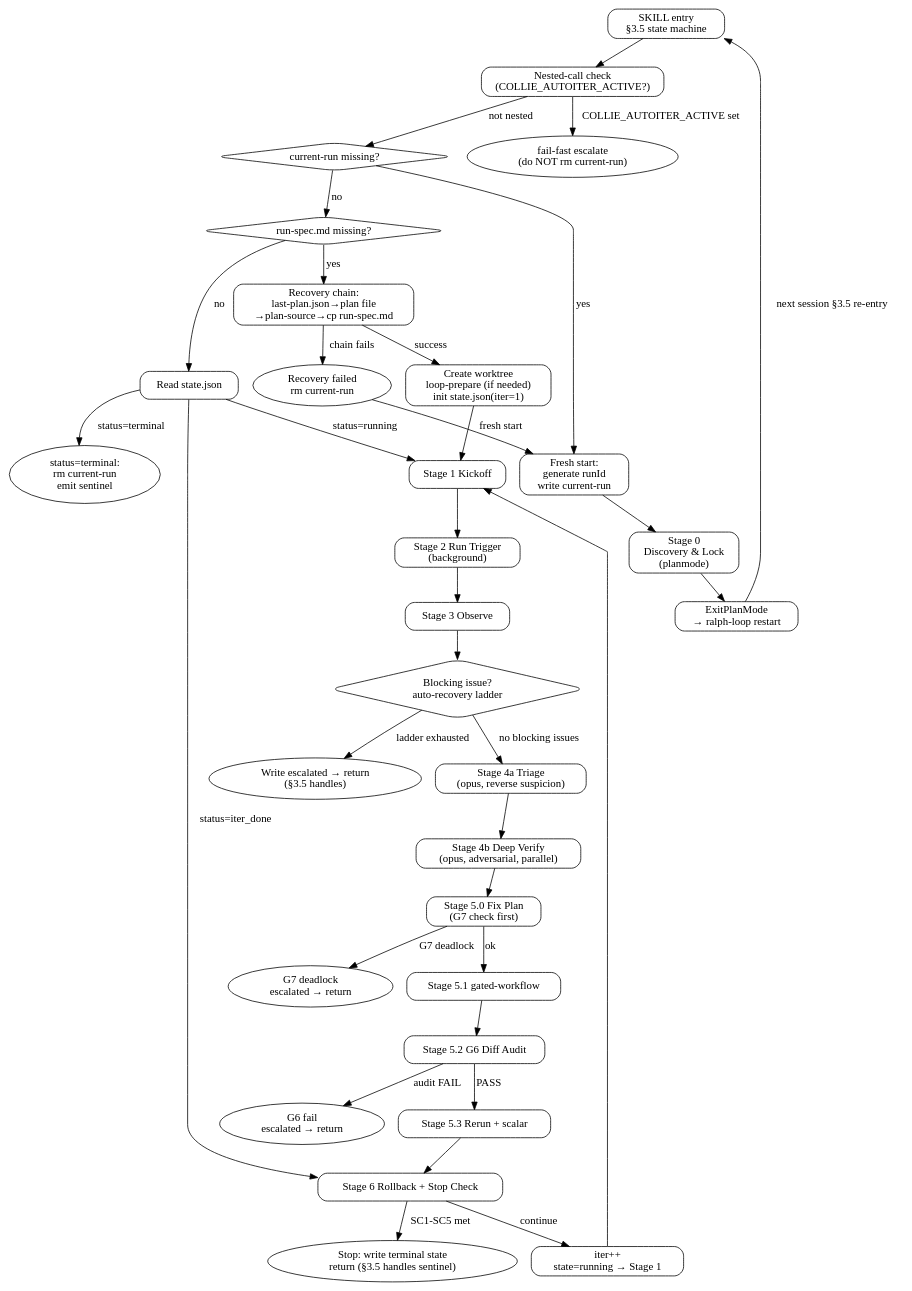
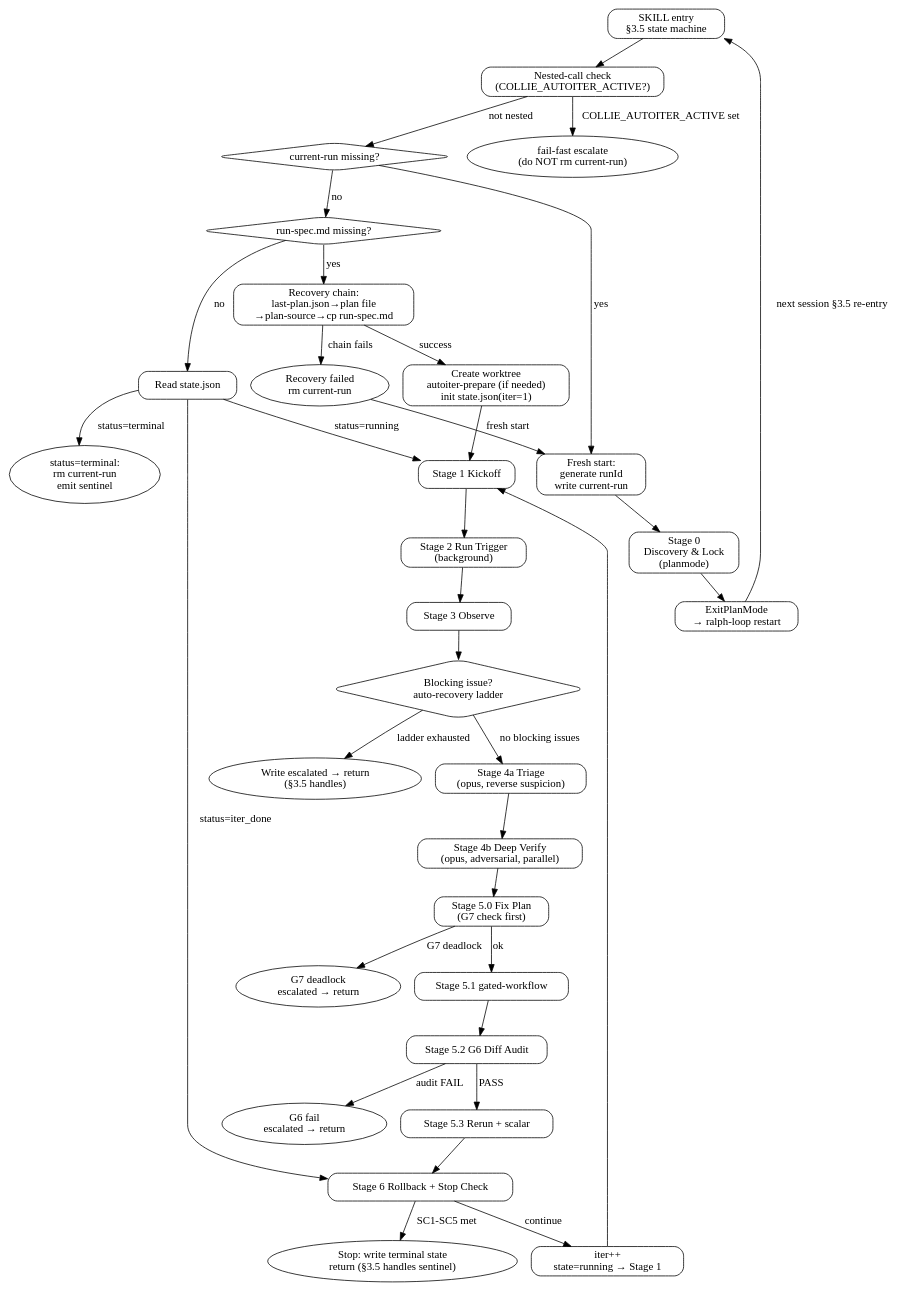
Before and after one commit to lkv1988/collie-harness: the diagram in skills/autoiter/SKILL.md, drawn with Graphviz. The commit also changed 1 other file, not shown here.

Commit message:
fix: 收尾 round 4 — 最后 2 处 loop-prepare 标识符（diagram label + queue example）
Per Collie rubric round 4 reviewer:
- skills/queue/SKILL.md:46: YAML 示例标签 # loop task → # autoiter task
- skills/autoiter/SKILL.md:36: DOT digraph node label loop-prepare → autoiter-prepare

Refs: docs/plans/2026-04-27-rename-loop-to-autoiter-plan.md

````diff
--- a/skills/autoiter/SKILL.md
+++ b/skills/autoiter/SKILL.md
@@ -22,69 +22,69 @@
 ```dot
 digraph autoiter {
   rankdir=TB;
   node [shape=box, style=rounded];
   entry [label="SKILL entry\n§3.5 state machine"];
   nested_check [label="Nested-call check\n(COLLIE_AUTOITER_ACTIVE?)"];
   fail_fast [label="fail-fast escalate\n(do NOT rm current-run)", shape=ellipse];
   no_current_run [label="current-run missing?", shape=diamond];
   fresh_start [label="Fresh start:\ngenerate runId\nwrite current-run"];
   stage0 [label="Stage 0\nDiscovery & Lock\n(planmode)"];
   ralph_restart [label="ExitPlanMode\n→ ralph-loop restart"];
   run_spec_missing [label="run-spec.md missing?", shape=diamond];
   recovery [label="Recovery chain:\nlast-plan.json→plan file\n→plan-source→cp run-spec.md"];
   recovery_fail [label="Recovery failed\nrm current-run", shape=ellipse];
-  worktree_prepare [label="Create worktree\nloop-prepare (if needed)\ninit state.json(iter=1)"];
+  worktree_prepare [label="Create worktree\nautoiter-prepare (if needed)\ninit state.json(iter=1)"];
   read_state [label="Read state.json"];
   terminal [label="status=terminal:\nrm current-run\nemit sentinel", shape=ellipse];
   stage1 [label="Stage 1 Kickoff"];
   stage2 [label="Stage 2 Run Trigger\n(background)"];
   stage3 [label="Stage 3 Observe"];
   blocker [label="Blocking issue?\nauto-recovery ladder", shape=diamond];
   blocker_fail [label="Write escalated → return\n(§3.5 handles)", shape=ellipse];
   stage4a [label="Stage 4a Triage\n(opus, reverse suspicion)"];
   stage4b [label="Stage 4b Deep Verify\n(opus, adversarial, parallel)"];
   stage50 [label="Stage 5.0 Fix Plan\n(G7 check first)"];
   g7_fail [label="G7 deadlock\nescalated → return", shape=ellipse];
   stage51 [label="Stage 5.1 gated-workflow"];
   stage52 [label="Stage 5.2 G6 Diff Audit"];
   g6_fail [label="G6 fail\nescalated → return", shape=ellipse];
   stage53 [label="Stage 5.3 Rerun + scalar"];
   stage6 [label="Stage 6 Rollback + Stop Check"];
   stop [label="Stop: write terminal state\nreturn (§3.5 handles sentinel)", shape=ellipse];
   next_iter [label="iter++\nstate=running → Stage 1"];
 
   entry -> nested_check;
   nested_check -> fail_fast [label="COLLIE_AUTOITER_ACTIVE set"];
   nested_check -> no_current_run [label="not nested"];
   no_current_run -> fresh_start [label="yes"];
   no_current_run -> run_spec_missing [label="no"];
   fresh_start -> stage0;
   stage0 -> ralph_restart;
   ralph_restart -> entry [label="next session §3.5 re-entry"];
   run_spec_missing -> recovery [label="yes"];
   recovery -> recovery_fail [label="chain fails"];
   recovery_fail -> fresh_start [label="fresh start"];
   recovery -> worktree_prepare [label="success"];
   worktree_prepare -> stage1;
   run_spec_missing -> read_state [label="no"];
   read_state -> stage1 [label="status=running"];
   read_state -> stage6 [label="status=iter_done"];
   read_state -> terminal [label="status=terminal"];
   stage1 -> stage2;
   stage2 -> stage3;
   stage3 -> blocker;
   blocker -> stage4a [label="no blocking issues"];
   blocker -> blocker_fail [label="ladder exhausted"];
   stage4a -> stage4b;
   stage4b -> stage50;
   stage50 -> g7_fail [label="G7 deadlock"];
   stage50 -> stage51 [label="ok"];
   stage51 -> stage52;
   stage52 -> g6_fail [label="audit FAIL"];
   stage52 -> stage53 [label="PASS"];
   stage53 -> stage6;
   stage6 -> stop [label="SC1-SC5 met"];
   stage6 -> next_iter [label="continue"];
   next_iter -> stage1;
 }
 ```
````
